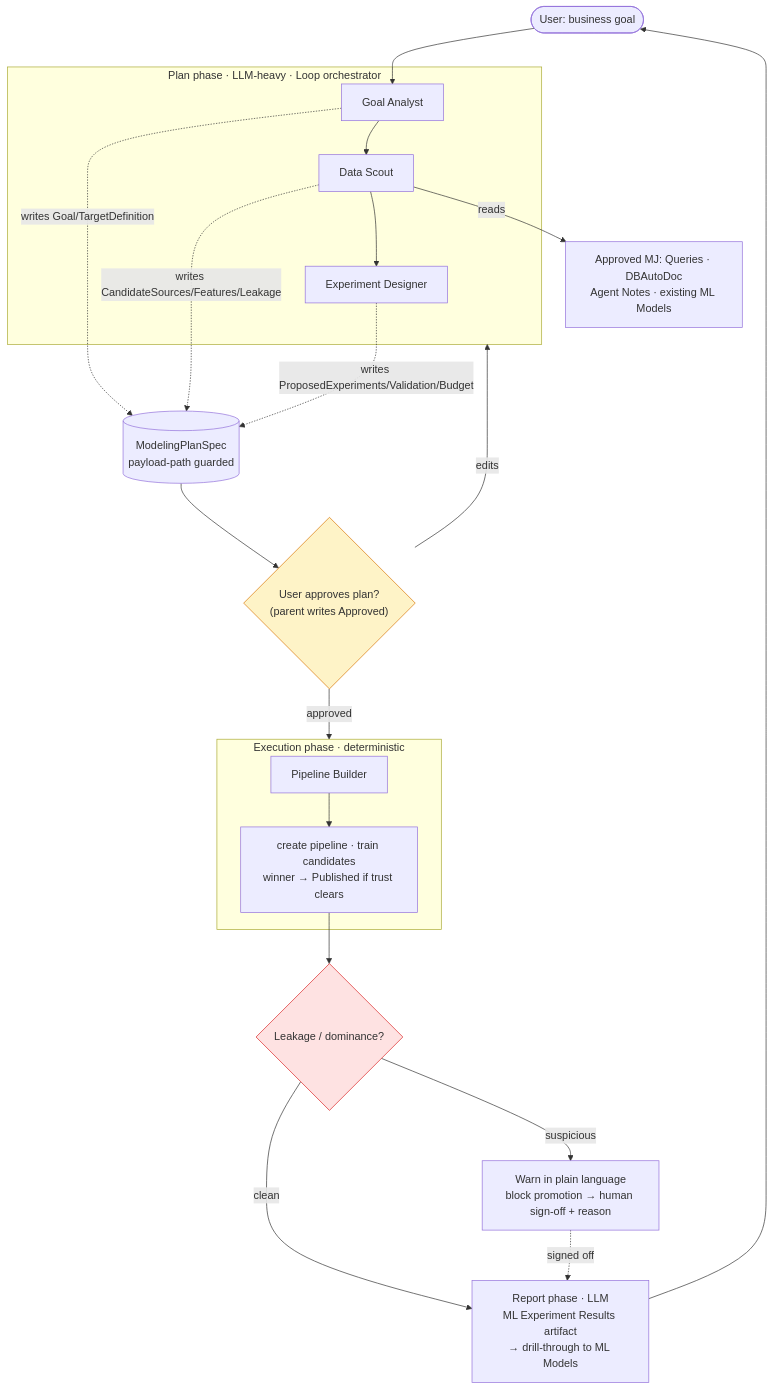
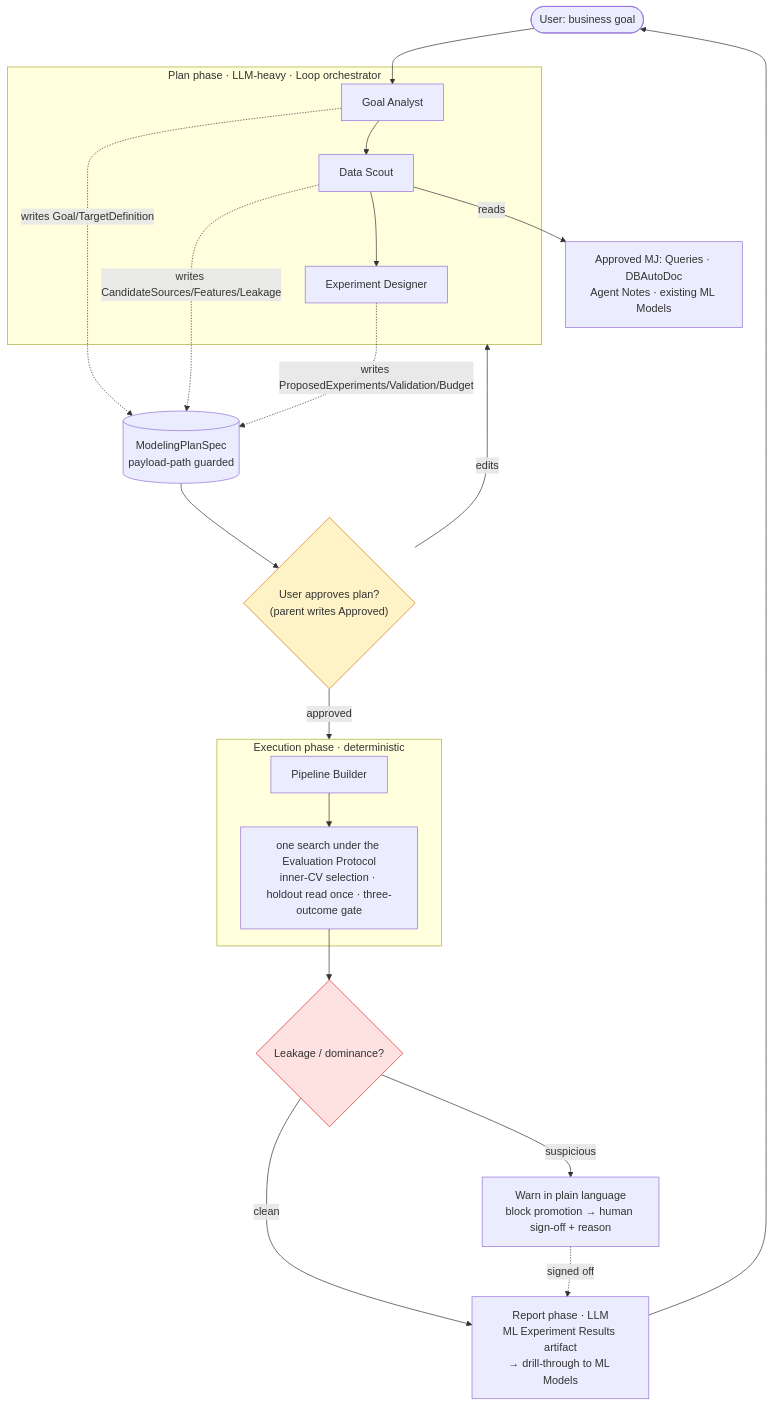
Before and after one commit to MemberJunction/MJ: diagram 11 of 15 in guides/PREDICTIVE_STUDIO_GUIDE.md, drawn with Mermaid. The commit also changed other lines of this file, not shown here.

Commit message:
docs(ps): PR 3 M12.4 — guide: core contracts, as-of sources and coverage, training flow, Pipeline Builder search, getting started from a unit and a protocol, quote-check corrections

````diff
--- a/guides/PREDICTIVE_STUDIO_GUIDE.md
+++ b/guides/PREDICTIVE_STUDIO_GUIDE.md
@@ -784,24 +793,24 @@
 ```mermaid
 flowchart TB
     U([User: business goal]) --> GA
     subgraph PLAN["Plan phase · LLM-heavy · Loop orchestrator"]
         GA[Goal Analyst] --> DS[Data Scout] --> ED[Experiment Designer]
     end
     GA -.writes Goal/TargetDefinition.-> SPEC[("ModelingPlanSpec<br/>payload-path guarded")]
     DS -.writes CandidateSources/Features/Leakage.-> SPEC
     ED -.writes ProposedExperiments/Validation/Budget.-> SPEC
     DS -->|reads| GT["Approved MJ: Queries · DBAutoDoc<br/>Agent Notes · existing ML Models"]
     SPEC --> GATE{"User approves plan?<br/>(parent writes Approved)"}
     GATE -->|edits| PLAN
     GATE -->|approved| EXEC
     subgraph EXEC["Execution phase · deterministic"]
-        ORCH[Pipeline Builder] --> RUNS["create pipeline · train candidates<br/>winner → Published if trust clears"]
+        BUILDER[Pipeline Builder] --> RUNS["one search under the Evaluation Protocol<br/>inner-CV selection · holdout read once · three-outcome gate"]
     end
     RUNS --> LEAK{"Leakage / dominance?"}
     LEAK -->|suspicious| SIGN["Warn in plain language<br/>block promotion → human sign-off + reason"]
     LEAK -->|clean| REPORT
     SIGN -.->|signed off| REPORT
     REPORT["Report phase · LLM<br/>ML Experiment Results artifact<br/>→ drill-through to ML Models"] --> U
     style GATE fill:#fef3c7,stroke:#d97706
     style LEAK fill:#fee2e2,stroke:#dc2626
 ```
````
